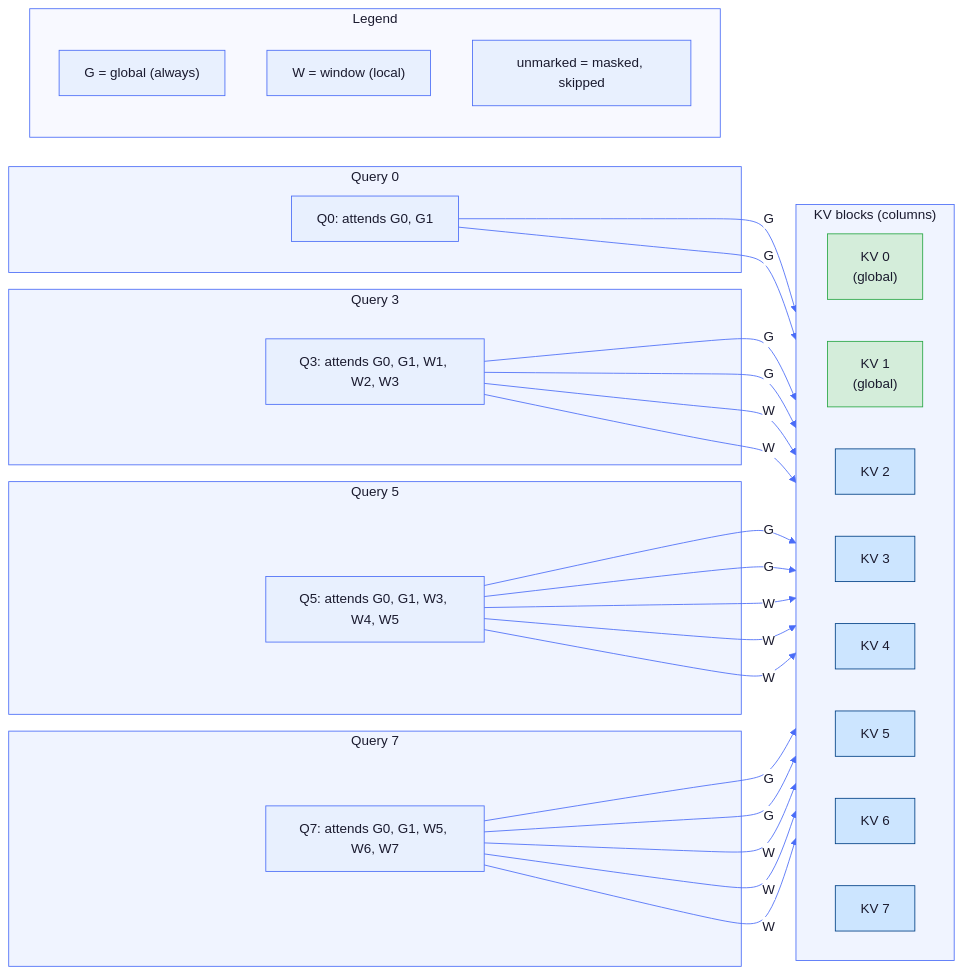
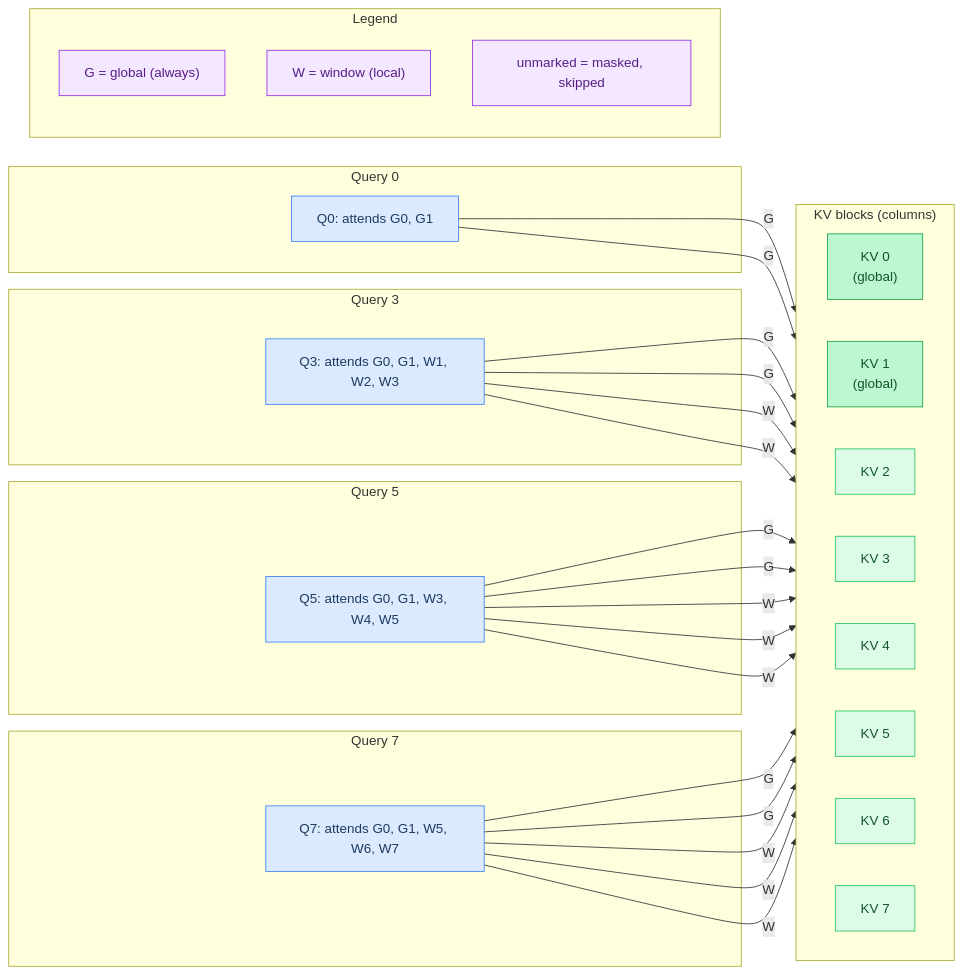
One commit to maci0/agave changed the second of 7 diagrams in docs/tutorial/19-pflash-and-block-sparse.md. Above: the diagram before and after it, drawn with Mermaid. The commit also changed other lines of this file and 24 other files, not shown here.

First line of the commit message:
docs: convert all mermaid diagrams to classDef semantic colors

````diff
--- a/docs/tutorial/19-pflash-and-block-sparse.md
+++ b/docs/tutorial/19-pflash-and-block-sparse.md
@@ -74,74 +70,73 @@
 ```mermaid
-%%{init: {'theme': 'base', 'themeVariables': {
-  'primaryColor': '#e8f0fe',
-  'primaryTextColor': '#1a1a2e',
-  'primaryBorderColor': '#4a6cf7',
-  'lineColor': '#4a6cf7',
-  'secondaryColor': '#f0f4ff',
-  'tertiaryColor': '#f8f9ff',
-  'edgeLabelBackground': '#ffffff',
-  'clusterBkg': '#f0f4ff',
-  'clusterBorder': '#4a6cf7',
-  'titleColor': '#1a1a2e',
-  'nodeTextColor': '#1a1a2e',
-  'fontFamily': 'ui-monospace, SFMono-Regular, monospace'
-}}}%%
 flowchart LR
+    classDef setup     fill:#dbeafe,stroke:#3b82f6,color:#1e3a5f
+    classDef sync      fill:#dcfce7,stroke:#22c55e,color:#14532d
+    classDef migration fill:#fef9c3,stroke:#eab308,color:#713f12
+    classDef success   fill:#bbf7d0,stroke:#16a34a,color:#14532d
+    classDef danger    fill:#fee2e2,stroke:#ef4444,color:#7f1d1d
+    classDef optional  fill:#f3e8ff,stroke:#9333ea,color:#581c87
+
+    K0["KV 0\n(global)"]:::success
+    K1["KV 1\n(global)"]:::success
+    K2["KV 2"]:::sync
+    K3["KV 3"]:::sync
+    K4["KV 4"]:::sync
+    K5["KV 5"]:::sync
+    K6["KV 6"]:::sync
+    K7["KV 7"]:::sync
+    Q0n["Q0: attends G0, G1"]:::setup
+    Q3n["Q3: attends G0, G1, W1, W2, W3"]:::setup
+    Q5n["Q5: attends G0, G1, W3, W4, W5"]:::setup
+    Q7n["Q7: attends G0, G1, W5, W6, W7"]:::setup
+    LG["G = global (always)"]:::optional
+    LW["W = window (local)"]:::optional
+    LD["unmarked = masked, skipped"]:::optional
+
     subgraph KV["KV blocks (columns)"]
         direction LR
-        K0["KV 0\n(global)"]
-        K1["KV 1\n(global)"]
-        K2["KV 2"]
-        K3["KV 3"]
-        K4["KV 4"]
-        K5["KV 5"]
-        K6["KV 6"]
-        K7["KV 7"]
+        K0
+        K1
+        K2
+        K3
+        K4
+        K5
+        K6
+        K7
     end
 
     subgraph Q0["Query 0"]
-        Q0n["Q0: attends G0, G1"]
+        Q0n
     end
     subgraph Q3["Query 3"]
-        Q3n["Q3: attends G0, G1, W1, W2, W3"]
+        Q3n
     end
     subgraph Q5["Query 5"]
-        Q5n["Q5: attends G0, G1, W3, W4, W5"]
+        Q5n
     end
     subgraph Q7["Query 7"]
-        Q7n["Q7: attends G0, G1, W5, W6, W7"]
+        Q7n
     end
 
     Q0n -->|"G"| K0
     Q0n -->|"G"| K1
     Q3n -->|"G"| K0
     Q3n -->|"G"| K1
     Q3n -->|"W"| K2
     Q3n -->|"W"| K3
     Q5n -->|"G"| K0
     Q5n -->|"G"| K1
     Q5n -->|"W"| K3
     Q5n -->|"W"| K4
     Q5n -->|"W"| K5
     Q7n -->|"G"| K0
     Q7n -->|"G"| K1
     Q7n -->|"W"| K5
     Q7n -->|"W"| K6
     Q7n -->|"W"| K7
 
     subgraph Legend["Legend"]
-        LG["G = global (always)"]
-        LW["W = window (local)"]
-        LD["unmarked = masked, skipped"]
+        LG
+        LW
+        LD
     end
-
-    style K0 fill:#d4edda,stroke:#28a745
-    style K1 fill:#d4edda,stroke:#28a745
-    style K2 fill:#cce5ff,stroke:#004085
-    style K3 fill:#cce5ff,stroke:#004085
-    style K4 fill:#cce5ff,stroke:#004085
-    style K5 fill:#cce5ff,stroke:#004085
-    style K6 fill:#cce5ff,stroke:#004085
-    style K7 fill:#cce5ff,stroke:#004085
-    style Legend fill:#f8f9ff,stroke:#4a6cf7
 ```
````
